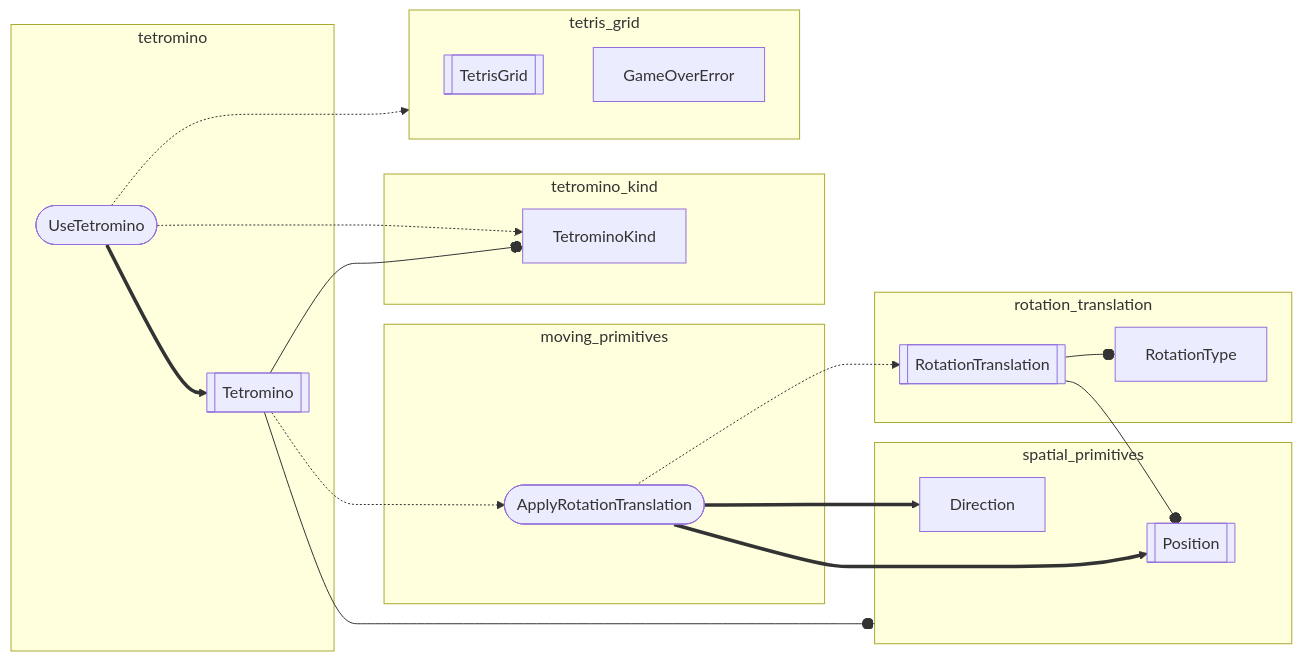
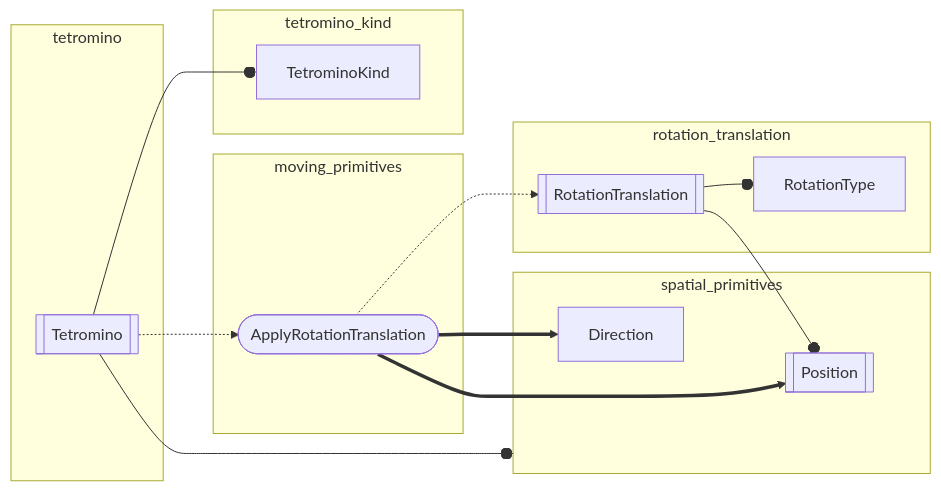
One commit to inesvar/tetris changed the first of 3 diagrams in src/app/player/core/flowgraph.md. Above: the diagram before and after it, drawn with Mermaid. The commit also changed other lines of this file and 11 other files, not shown here.

````diff
--- a/src/app/player/core/flowgraph.md
+++ b/src/app/player/core/flowgraph.md
@@ -3,51 +3,48 @@
 ```mermaid
 graph LR
     %% objects
     Position[[Position]]
     Direction[Direction]
     RotationTranslation[[RotationTranslation]]
     RotationType[RotationType]
     ApplyRotationTranslation([ApplyRotationTranslation])
-    TetrisGrid[[TetrisGrid]]
+    %% TetrisGrid[[TetrisGrid]]
     Tetromino[[Tetromino]]
-    UseTetromino([UseTetromino])
-    GameOverError[GameOverError]
+    %% GameOverError[GameOverError]
     TetrominoKind[TetrominoKind]
 
     subgraph spatial_primitives
         Direction ~~~ Position
     end
 
     subgraph rotation_translation
         RotationTranslation --o RotationType
     end
 
     RotationTranslation --o Position
 
     subgraph moving_primitives
         ApplyRotationTranslation
     end
 
     ApplyRotationTranslation ==> Position & Direction
     ApplyRotationTranslation -.-> RotationTranslation
 
     subgraph tetromino
-        UseTetromino ==> Tetromino
+        Tetromino
     end
 
     Tetromino -.-> ApplyRotationTranslation
 
     subgraph tetromino_kind
         TetrominoKind
     end
 
-    subgraph tetris_grid
-        TetrisGrid
-        GameOverError
-    end
+    %% subgraph tetris_grid
+    %%     TetrisGrid
+    %%     GameOverError
+    %% end
 
-    Tetromino ~~~ tetris_grid
-
-    UseTetromino -.-> tetris_grid & TetrominoKind
+    %% Tetromino ~~~ tetris_grid
     Tetromino --o spatial_primitives & TetrominoKind
 ```
````
